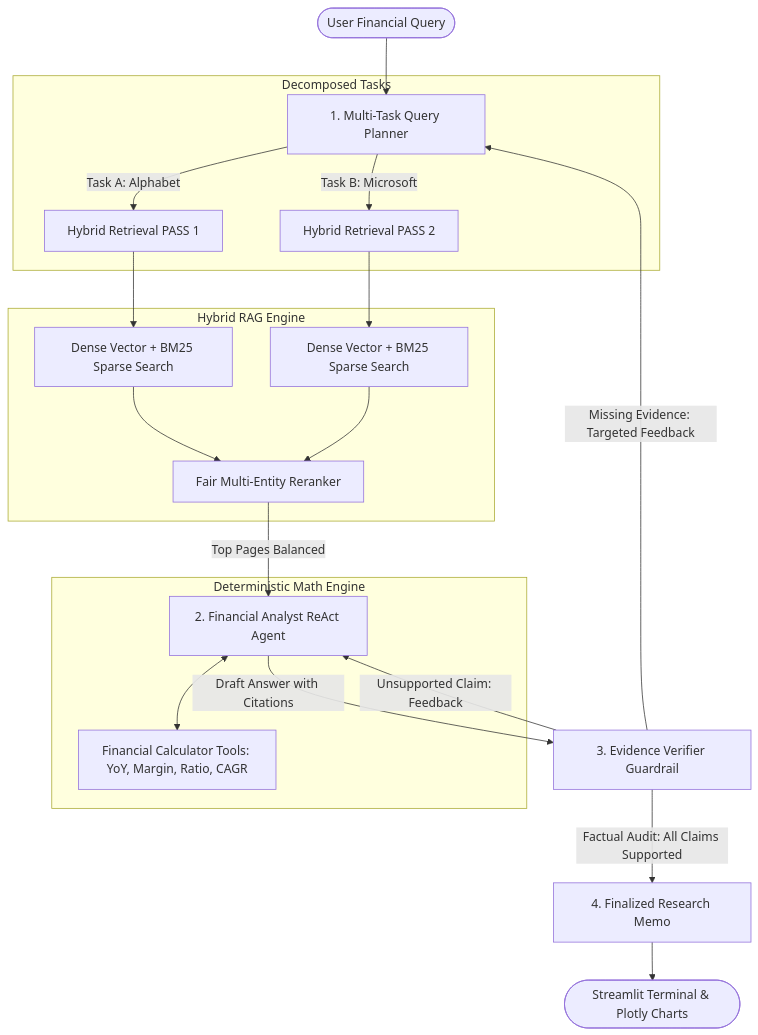
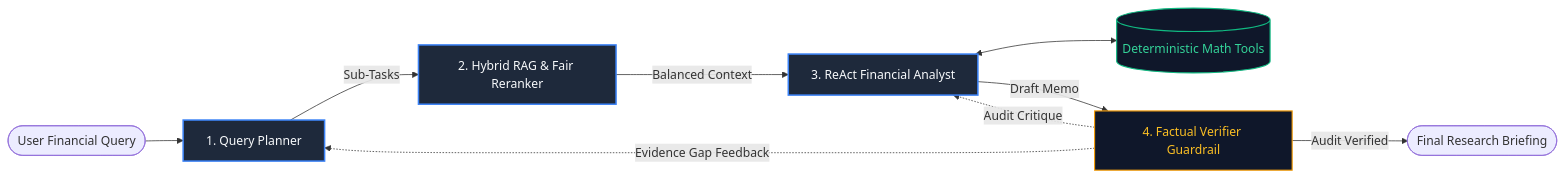
One commit to lmg136-ua/finsight changed the diagram in README.md. Above: the diagram before and after it, drawn with Mermaid. The commit also changed other lines of this file, not shown here.

Commit message:
docs: streamline architecture flowchart to compact horizontal view and prevent image stretching

````diff
--- a/README.md
+++ b/README.md
@@ -35,30 +37,22 @@
 ```mermaid
-flowchart TD
-    User([User Financial Query]) --> Planner[1. Multi-Task Query Planner]
+flowchart LR
+    classDef main fill:#1e293b,stroke:#3b82f6,stroke-width:2px,color:#f8fafc;
+    classDef tool fill:#0f172a,stroke:#10b981,stroke-width:1.5px,color:#34d399;
+    classDef guard fill:#0f172a,stroke:#f59e0b,stroke-width:1.5px,color:#fbbf24;
+
+    Query([User Financial Query]) --> Planner[1. Query Planner]
+    Planner -->|Sub-Tasks| HybridRAG[2. Hybrid RAG & Fair Reranker]
+    HybridRAG -->|Balanced Context| Analyst[3. ReAct Financial Analyst]
     
-    subgraph Decomposed Tasks
-        Planner -->|Task A: Alphabet| RetA[Hybrid Retrieval PASS 1]
-        Planner -->|Task B: Microsoft| RetB[Hybrid Retrieval PASS 2]
-    end
+    Analyst <--> Tools[(Deterministic Math Tools)]
+    
+    Analyst -->|Draft Memo| Verifier[4. Factual Verifier Guardrail]
+    
+    Verifier -->|Audit Verified| FinalMemo([Final Research Briefing])
+    Verifier -.->|Evidence Gap Feedback| Planner
+    Verifier -.->|Audit Critique| Analyst
 
-    subgraph Hybrid RAG Engine
-        RetA --> SearchA[Dense Vector + BM25 Sparse Search]
-        RetB --> SearchB[Dense Vector + BM25 Sparse Search]
-        SearchA --> FairRerank[Fair Multi-Entity Reranker]
-        SearchB --> FairRerank
-    end
-
-    FairRerank -->|Top Pages Balanced| Analyst[2. Financial Analyst ReAct Agent]
-    
-    subgraph Deterministic Math Engine
-        Analyst <--> Tools[Financial Calculator Tools: YoY, Margin, Ratio, CAGR]
-    end
-
-    Analyst -->|Draft Answer with Citations| Verifier[3. Evidence Verifier Guardrail]
-    
-    Verifier -->|Factual Audit: All Claims Supported| Finalizer[4. Finalized Research Memo]
-    Verifier -->|Missing Evidence: Targeted Feedback| Planner
-    Verifier -->|Unsupported Claim: Feedback| Analyst
-    
-    Finalizer --> Output([Streamlit Terminal & Plotly Charts])
+    class Planner,HybridRAG,Analyst main;
+    class Tools tool;
+    class Verifier guard;
 ```
````
